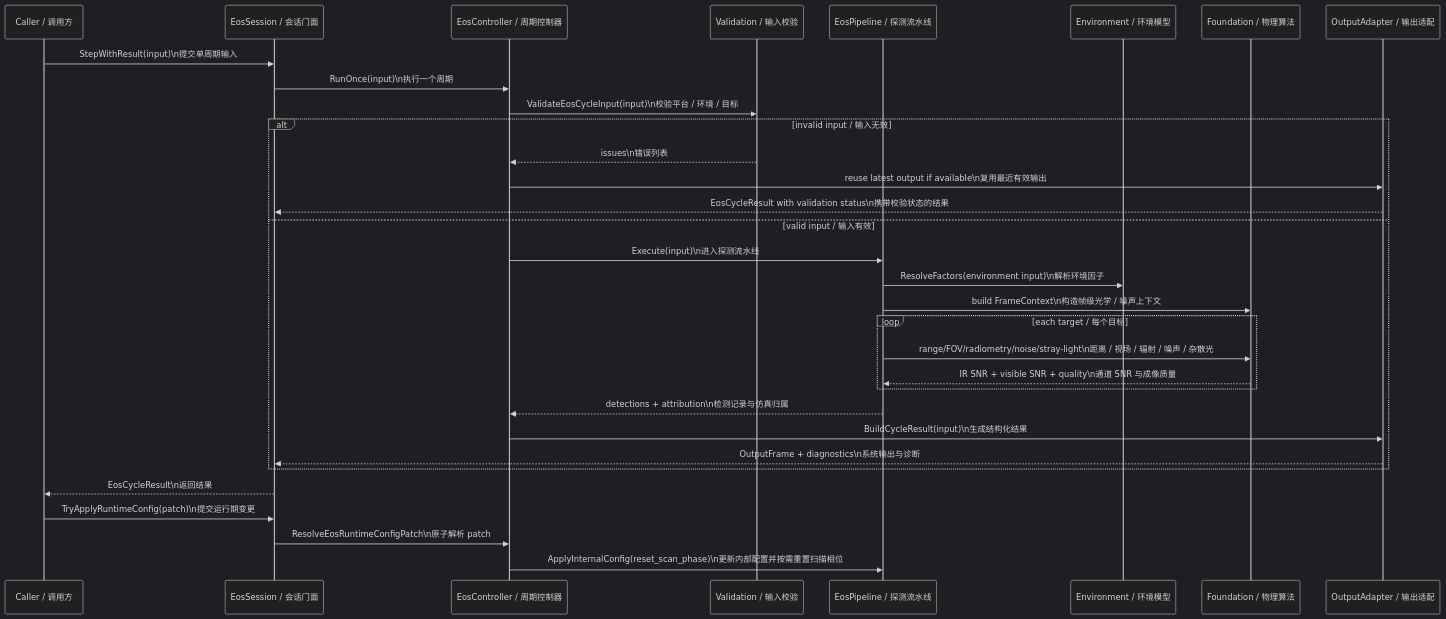
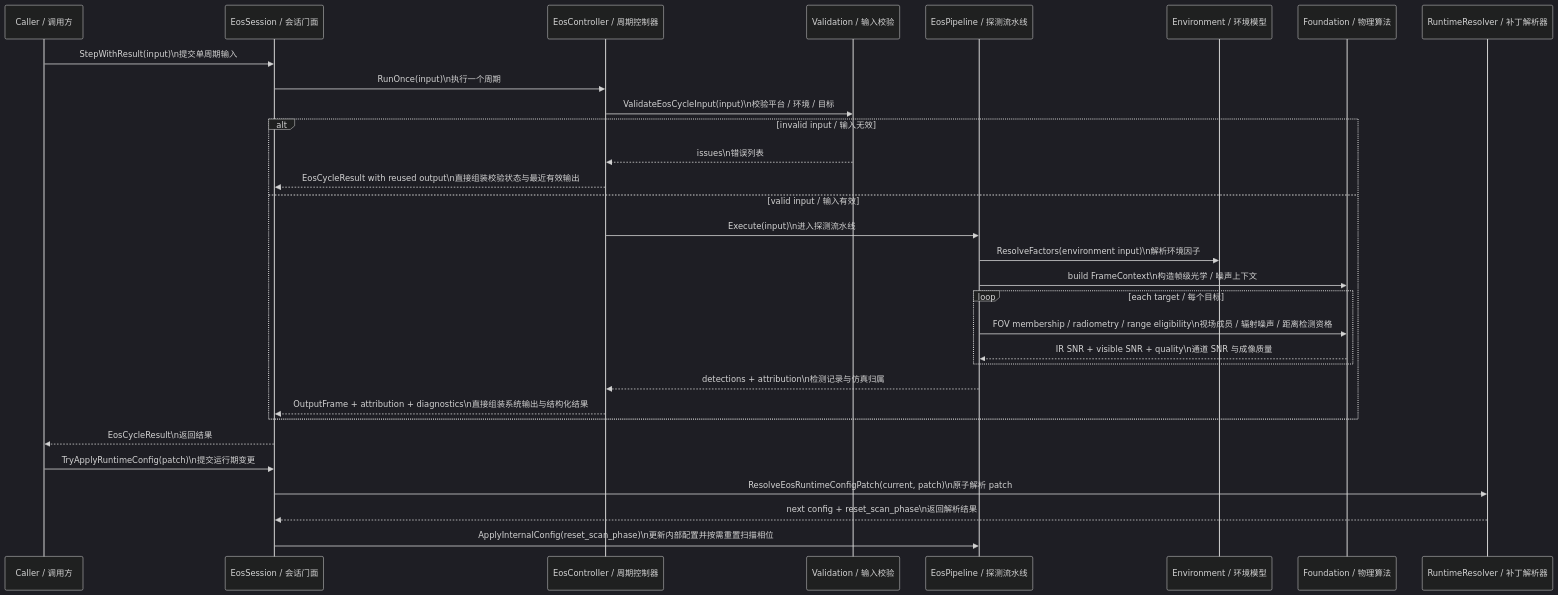
One commit to boilwater-3/1q changed the second of 4 diagrams in docs/electro_optical_sensor/design.md. Above: the diagram before and after it, drawn with Mermaid (dark theme). The commit also changed other lines of this file and 20 other files, not shown here.

Commit message:
fix(eos): align configuration with simulated physics

````diff
--- a/docs/electro_optical_sensor/design.md
+++ b/docs/electro_optical_sensor/design.md
@@ -128,36 +130,35 @@
 ```mermaid
 sequenceDiagram
   participant Caller as Caller / 调用方
   participant Session as EosSession / 会话门面
   participant Controller as EosController / 周期控制器
   participant Validator as Validation / 输入校验
   participant Pipeline as EosPipeline / 探测流水线
   participant Env as Environment / 环境模型
   participant Physics as Foundation / 物理算法
-  participant Output as OutputAdapter / 输出适配
+  participant Resolver as RuntimeResolver / 补丁解析器
 
   Caller->>Session: StepWithResult(input)\n提交单周期输入
   Session->>Controller: RunOnce(input)\n执行一个周期
   Controller->>Validator: ValidateEosCycleInput(input)\n校验平台 / 环境 / 目标
   alt invalid input / 输入无效
     Validator-->>Controller: issues\n错误列表
-    Controller->>Output: reuse latest output if available\n复用最近有效输出
-    Output-->>Session: EosCycleResult with validation status\n携带校验状态的结果
+    Controller-->>Session: EosCycleResult with reused output\n直接组装校验状态与最近有效输出
   else valid input / 输入有效
     Controller->>Pipeline: Execute(input)\n进入探测流水线
     Pipeline->>Env: ResolveFactors(environment input)\n解析环境因子
     Pipeline->>Physics: build FrameContext\n构造帧级光学 / 噪声上下文
     loop each target / 每个目标
-      Pipeline->>Physics: range/FOV/radiometry/noise/stray-light\n距离 / 视场 / 辐射 / 噪声 / 杂散光
+      Pipeline->>Physics: FOV membership / radiometry / range eligibility\n视场成员 / 辐射噪声 / 距离检测资格
       Physics-->>Pipeline: IR SNR + visible SNR + quality\n通道 SNR 与成像质量
     end
     Pipeline-->>Controller: detections + attribution\n检测记录与仿真归属
-    Controller->>Output: BuildCycleResult(input)\n生成结构化结果
-    Output-->>Session: OutputFrame + diagnostics\n系统输出与诊断
+    Controller-->>Session: OutputFrame + attribution + diagnostics\n直接组装系统输出与结构化结果
   end
   Session-->>Caller: EosCycleResult\n返回结果
 
   Caller->>Session: TryApplyRuntimeConfig(patch)\n提交运行期变更
-  Session->>Controller: ResolveEosRuntimeConfigPatch\n原子解析 patch
-  Controller->>Pipeline: ApplyInternalConfig(reset_scan_phase)\n更新内部配置并按需重置扫描相位
+  Session->>Resolver: ResolveEosRuntimeConfigPatch(current, patch)\n原子解析 patch
+  Resolver-->>Session: next config + reset_scan_phase\n返回解析结果
+  Session->>Pipeline: ApplyInternalConfig(reset_scan_phase)\n更新内部配置并按需重置扫描相位
 ```
````
